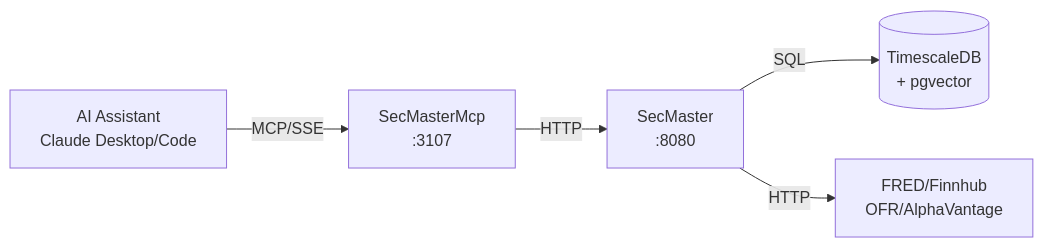
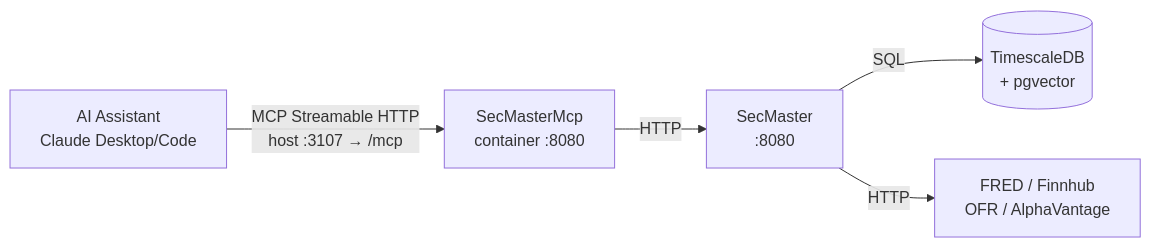
Before and after one commit to jpansarasa/ATLAS-Docs: the diagram in SecMaster/mcp/README.md, drawn with Mermaid. The commit also changed other lines of this file, not shown here.

````diff
--- a/SecMaster/mcp/README.md
+++ b/SecMaster/mcp/README.md
@@ -11,7 +11,7 @@
 ```mermaid
 flowchart LR
-    AI[AI Assistant<br/>Claude Desktop/Code] -->|MCP/SSE| MCP[SecMasterMcp<br/>:3107]
+    AI[AI Assistant<br/>Claude Desktop/Code] -->|MCP Streamable HTTP<br/>host :3107 → /mcp| MCP[SecMasterMcp<br/>container :8080]
     MCP -->|HTTP| SM[SecMaster<br/>:8080]
     SM -->|SQL| DB[(TimescaleDB<br/>+ pgvector)]
-    SM -->|HTTP| Collectors[FRED/Finnhub<br/>OFR/AlphaVantage]
+    SM -->|HTTP| Collectors[FRED / Finnhub<br/>OFR / AlphaVantage]
 ```
````
